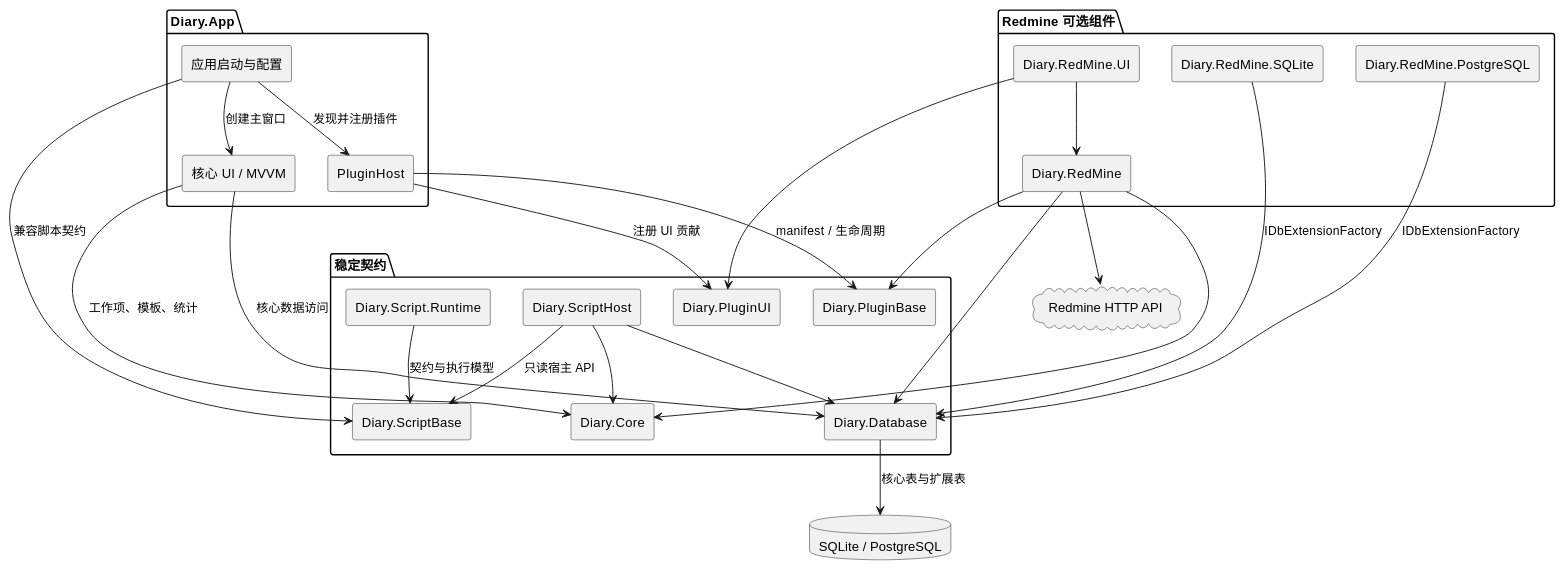
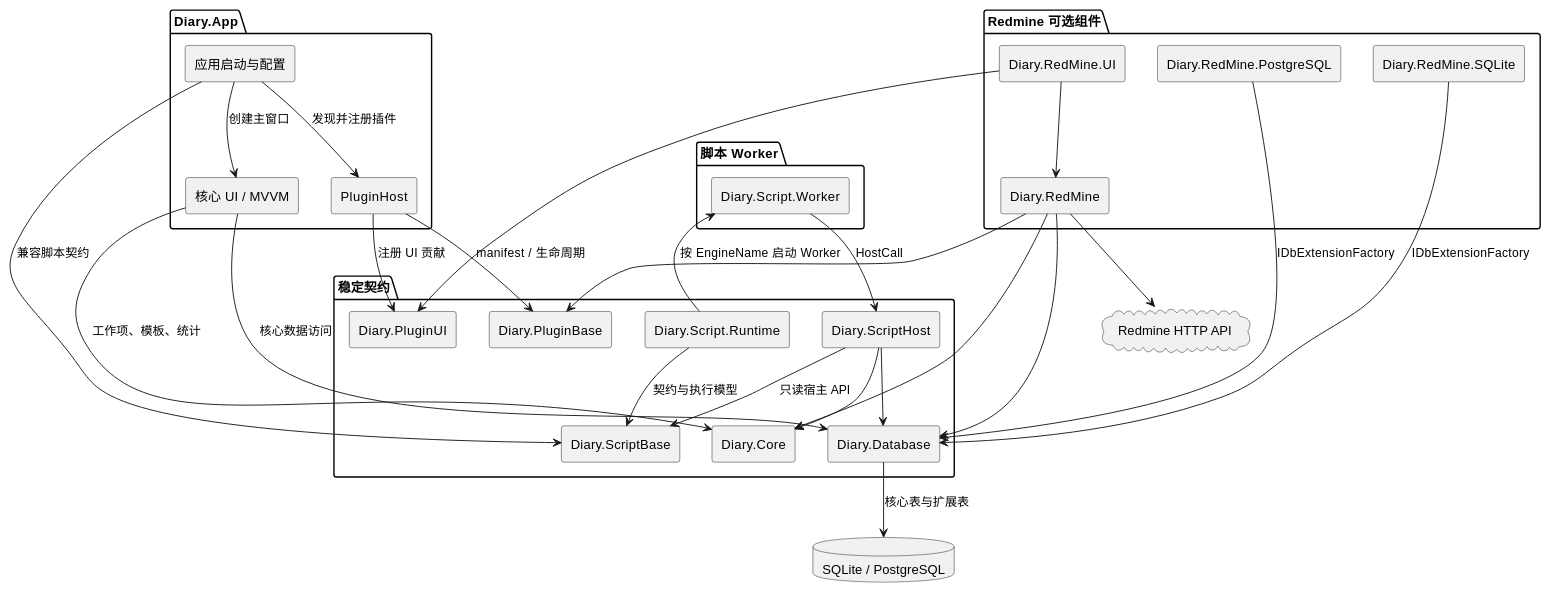
The first of 3 diagrams in Docs/CurrentArchitecture.md (micro123/diary-app), drawn with PlantUML before and after one commit. The commit also changed other lines of this file and 9 other files, not shown here.

````diff
--- a/Docs/CurrentArchitecture.md
+++ b/Docs/CurrentArchitecture.md
@@ -12,53 +12,59 @@
 ```plantuml
 @startuml
 skinparam componentStyle rectangle
 skinparam shadowing false
 
 package "Diary.App" {
   [应用启动与配置] as App
   [核心 UI / MVVM] as CoreUI
   [PluginHost] as Host
 }
 
 package "稳定契约" {
   [Diary.Core] as Core
   [Diary.Database] as Database
   [Diary.PluginBase] as PluginBase
   [Diary.PluginUI] as PluginUI
   [Diary.ScriptBase] as ScriptBase
   [Diary.ScriptHost] as ScriptHost
   [Diary.Script.Runtime] as ScriptRuntime
 }
 
+package "脚本 Worker" {
+  [Diary.Script.Worker] as ScriptWorker
+}
+
 package "Redmine 可选组件" {
   [Diary.RedMine] as RedMine
   [Diary.RedMine.UI] as RedMineUI
   [Diary.RedMine.SQLite] as RedMineSqlite
   [Diary.RedMine.PostgreSQL] as RedMinePg
 }
 
 database "SQLite / PostgreSQL" as Db
 cloud "Redmine HTTP API" as Api
 
 App --> Host : 发现并注册插件
 App --> CoreUI : 创建主窗口
 Host --> PluginBase : manifest / 生命周期
 Host --> PluginUI : 注册 UI 贡献
 App --> ScriptBase : 兼容脚本契约
-ScriptRuntime --> ScriptBase : 契约与执行模型
-ScriptHost --> ScriptBase : 只读宿主 API
+  ScriptRuntime --> ScriptBase : 契约与执行模型
+  ScriptHost --> ScriptBase : 只读宿主 API
+  ScriptRuntime --> ScriptWorker : 按 EngineName 启动 Worker
+  ScriptWorker --> ScriptHost : HostCall
 ScriptHost --> Core
 ScriptHost --> Database
 CoreUI --> Core : 工作项、模板、统计
 CoreUI --> Database : 核心数据访问
 RedMine --> PluginBase
 RedMine --> Core
 RedMine --> Database
 RedMineUI --> PluginUI
 RedMineUI --> RedMine
 RedMineSqlite --> Database : IDbExtensionFactory
 RedMinePg --> Database : IDbExtensionFactory
 Database --> Db : 核心表与扩展表
 RedMine --> Api
 @enduml
 ```
````
